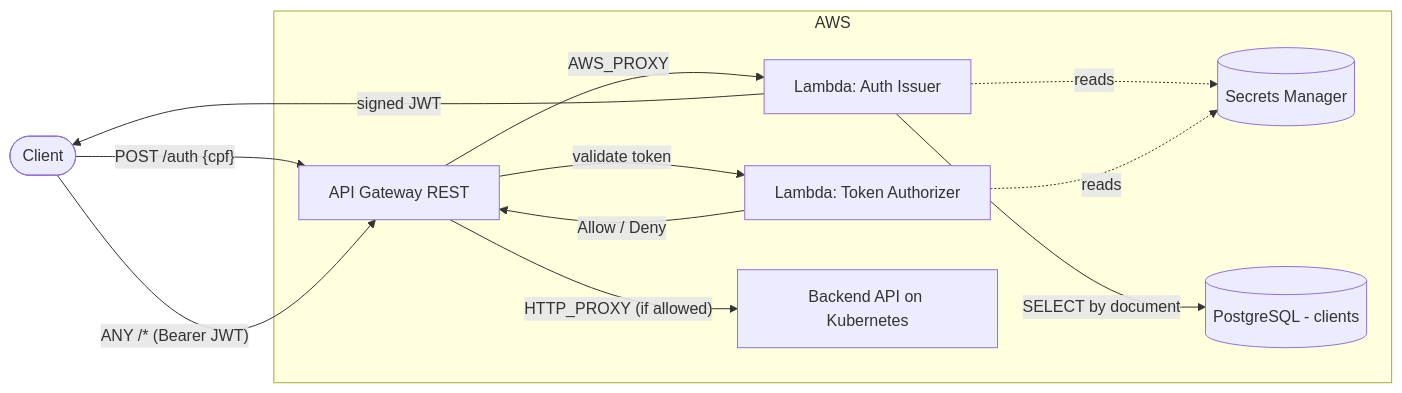
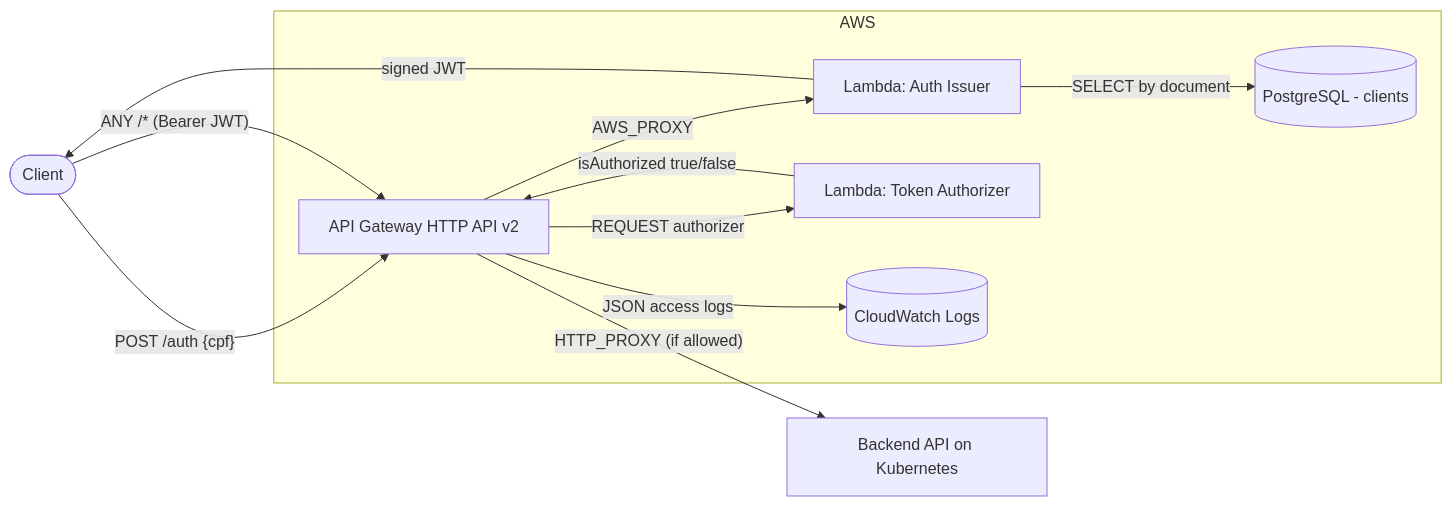
Before and after one commit to TechChallenge-Software-Architetute/os-management-lambda: the first of 2 diagrams in README.md, drawn with Mermaid. The commit also changed other lines of this file and 17 other files, not shown here.

````diff
--- a/README.md
+++ b/README.md
@@ -40,25 +68,23 @@
 ```mermaid
 flowchart LR
     client([Client])
     subgraph AWS
-      apigw[API Gateway REST]
+      apigw[API Gateway HTTP API v2]
       issuer[Lambda: Auth Issuer]
       authz[Lambda: Token Authorizer]
-      sm[(Secrets Manager)]
       db[(PostgreSQL - clients)]
-      backend[Backend API on Kubernetes]
+      logs[(CloudWatch Logs)]
     end
+    backend[Backend API on Kubernetes]
 
     client -- "POST /auth {cpf}" --> apigw
-    apigw -- AWS_PROXY --> issuer
+    apigw -- "AWS_PROXY" --> issuer
     issuer -- "SELECT by document" --> db
     issuer -- "signed JWT" --> client
 
     client -- "ANY /* (Bearer JWT)" --> apigw
-    apigw -- "validate token" --> authz
-    authz -- "Allow / Deny" --> apigw
+    apigw -- "REQUEST authorizer" --> authz
+    authz -- "isAuthorized true/false" --> apigw
     apigw -- "HTTP_PROXY (if allowed)" --> backend
-
-    issuer -. reads .-> sm
-    authz -. reads .-> sm
+    apigw -- "JSON access logs" --> logs
 ```
````
